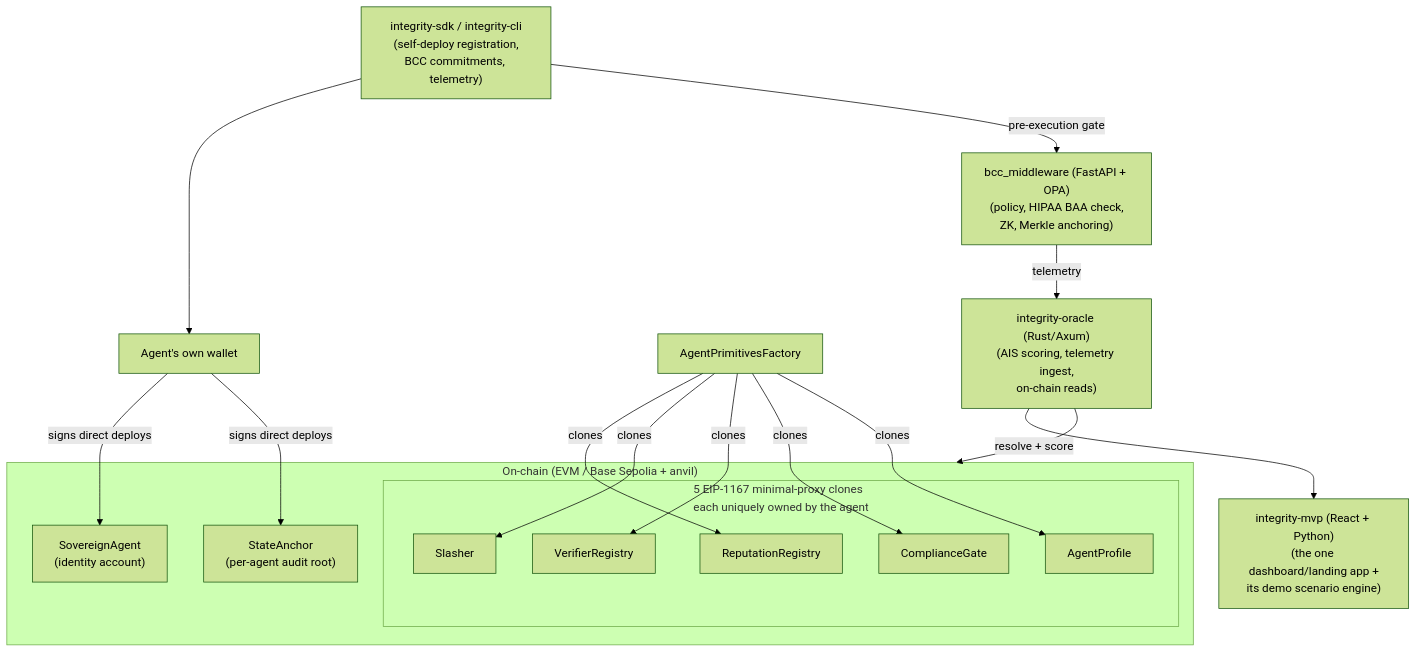
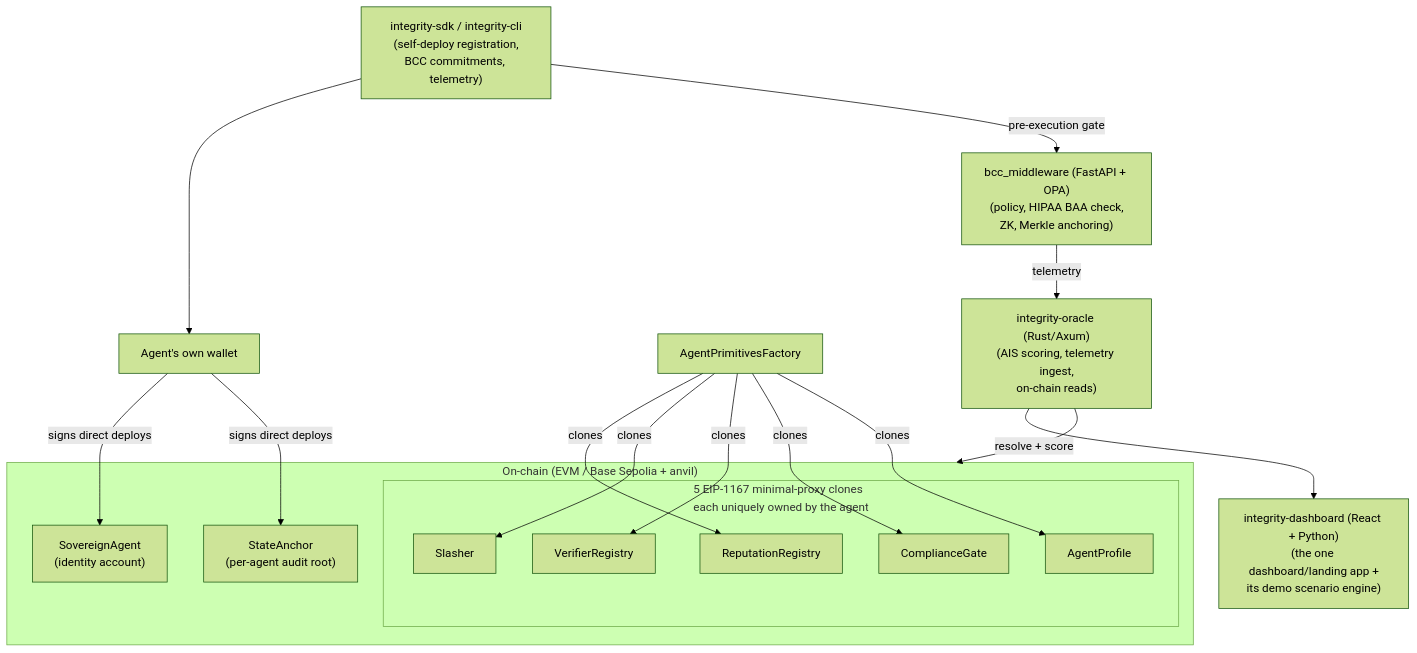
One commit to XibalbaTechSol/integrity-core changed the first of 2 diagrams in README.md. Above: the diagram before and after it, drawn with Mermaid (forest theme). The commit also changed other lines of this file and 8 other files, not shown here.

````diff
--- a/README.md
+++ b/README.md
@@ -33,36 +33,36 @@
 ```mermaid
 flowchart TB
     Wallet["Agent's own wallet"]
     Factory["AgentPrimitivesFactory"]
 
     subgraph OnChain["On-chain (EVM / Base Sepolia + anvil)"]
         SA["SovereignAgent<br/>(identity account)"]
         StA["StateAnchor<br/>(per-agent audit root)"]
         subgraph Clones["5 EIP-1167 minimal-proxy clones<br/>each uniquely owned by the agent"]
             RR["ReputationRegistry"]
             SL["Slasher"]
             VR["VerifierRegistry"]
             CG["ComplianceGate"]
             AP["AgentProfile"]
         end
     end
 
     SDK["integrity-sdk / integrity-cli<br/>(self-deploy registration,<br/>BCC commitments, telemetry)"]
     BCC["bcc_middleware (FastAPI + OPA)<br/>(policy, HIPAA BAA check,<br/>ZK, Merkle anchoring)"]
     Oracle["integrity-oracle (Rust/Axum)<br/>(AIS scoring, telemetry ingest,<br/>on-chain reads)"]
-    MVP["integrity-mvp (React + Python)<br/>(the one dashboard/landing app +<br/>its demo scenario engine)"]
+    MVP["integrity-dashboard (React + Python)<br/>(the one dashboard/landing app +<br/>its demo scenario engine)"]
 
     Wallet -->|signs direct deploys| SA
     Wallet -->|signs direct deploys| StA
     Factory -->|clones| RR
     Factory -->|clones| SL
     Factory -->|clones| VR
     Factory -->|clones| CG
     Factory -->|clones| AP
 
     SDK --> Wallet
     SDK -->|pre-execution gate| BCC
     BCC -->|telemetry| Oracle
     Oracle -->|resolve + score| OnChain
     Oracle --> MVP
 ```
````
